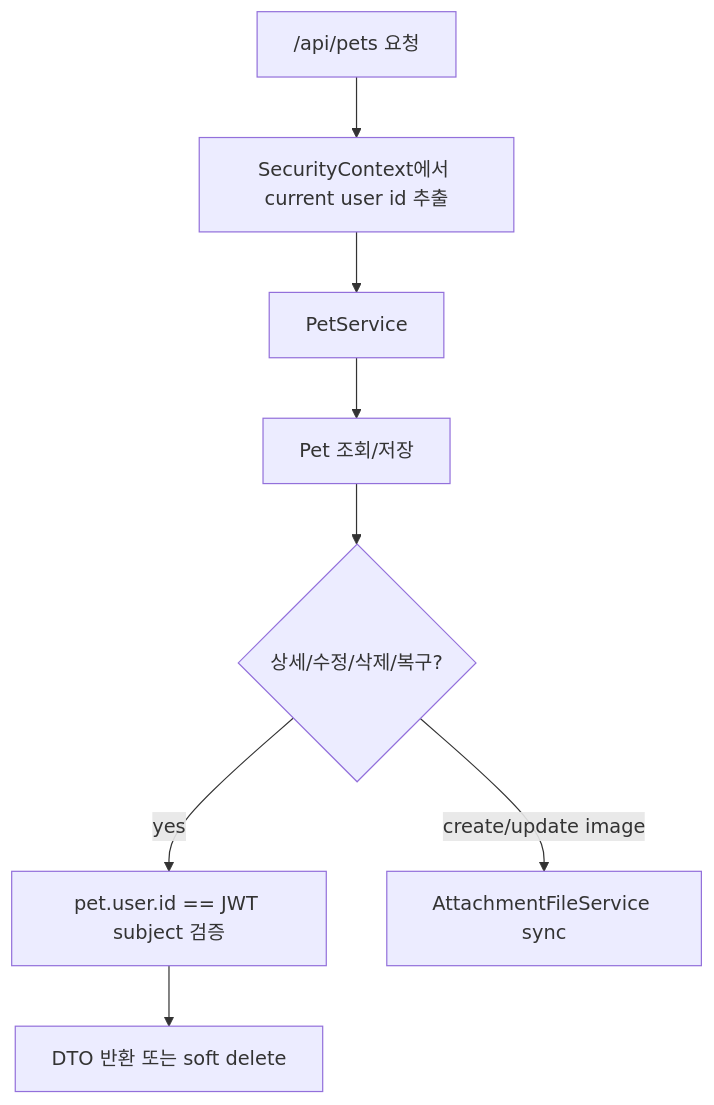
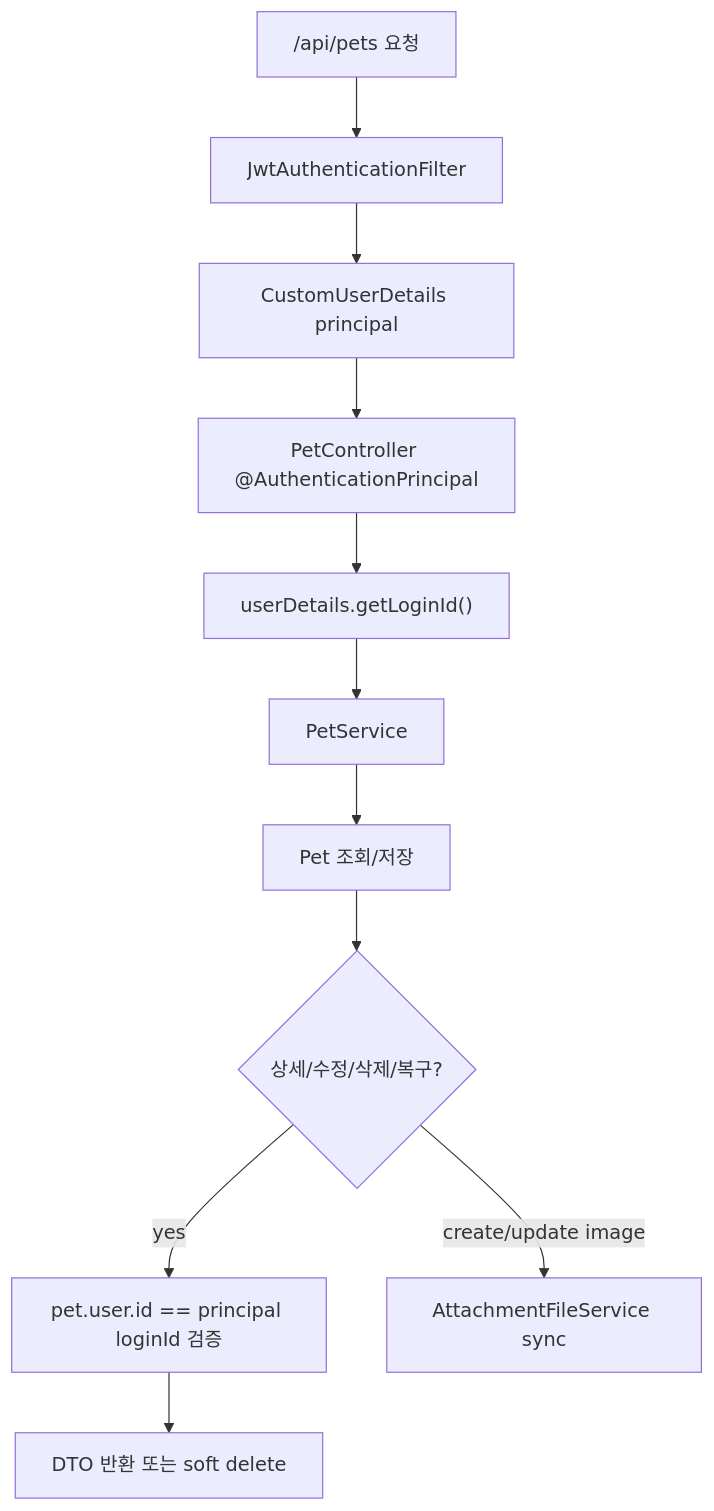
Before and after one commit to makkong1/Petory: the seventh of 7 diagrams in docs/architecture/user/사용자 인증 및 프로필 아키텍처.md, drawn with Mermaid. The commit also changed other lines of this file and 11 other files, not shown here.

````diff
--- a/docs/architecture/user/사용자 인증 및 프로필 아키텍처.md
+++ b/docs/architecture/user/사용자 인증 및 프로필 아키텍처.md
@@ -207,10 +245,13 @@
 ```mermaid
 flowchart TD
-  A["/api/pets 요청"] --> B["SecurityContext에서 current user id 추출"]
-  B --> C["PetService"]
-  C --> D["Pet 조회/저장"]
-  D --> E{"상세/수정/삭제/복구?"}
-  E -->|yes| F["pet.user.id == JWT subject 검증"]
-  F --> G["DTO 반환 또는 soft delete"]
-  E -->|create/update image| H["AttachmentFileService sync"]
+  A["/api/pets 요청"] --> B["JwtAuthenticationFilter"]
+  B --> C["CustomUserDetails principal"]
+  C --> D["PetController @AuthenticationPrincipal"]
+  D --> E["userDetails.getLoginId()"]
+  E --> F["PetService"]
+  F --> G["Pet 조회/저장"]
+  G --> H{"상세/수정/삭제/복구?"}
+  H -->|yes| I["pet.user.id == principal loginId 검증"]
+  I --> J["DTO 반환 또는 soft delete"]
+  H -->|create/update image| K["AttachmentFileService sync"]
 ```
````
